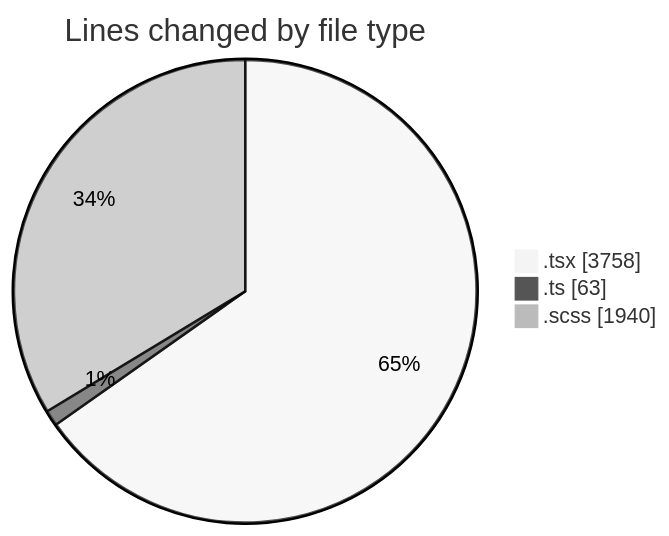
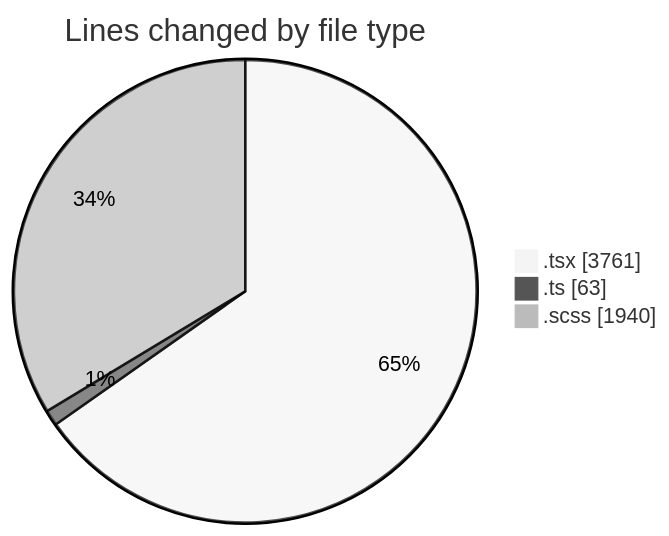
The first of 2 diagrams in 2025-04-02/cda/README.md (momahboobian/code-tracking), drawn with Mermaid (neutral theme) before and after one commit. The commit also changed other lines of this file and 1 other file, not shown here.

````diff
--- a/2025-04-02/cda/README.md
+++ b/2025-04-02/cda/README.md
@@ -30,7 +30,7 @@
 ```mermaid
 pie showData
 title Lines changed by file type
-".tsx" : 3758
+".tsx" : 3761
 ".ts" : 63
 ".scss" : 1940
 ```
````
